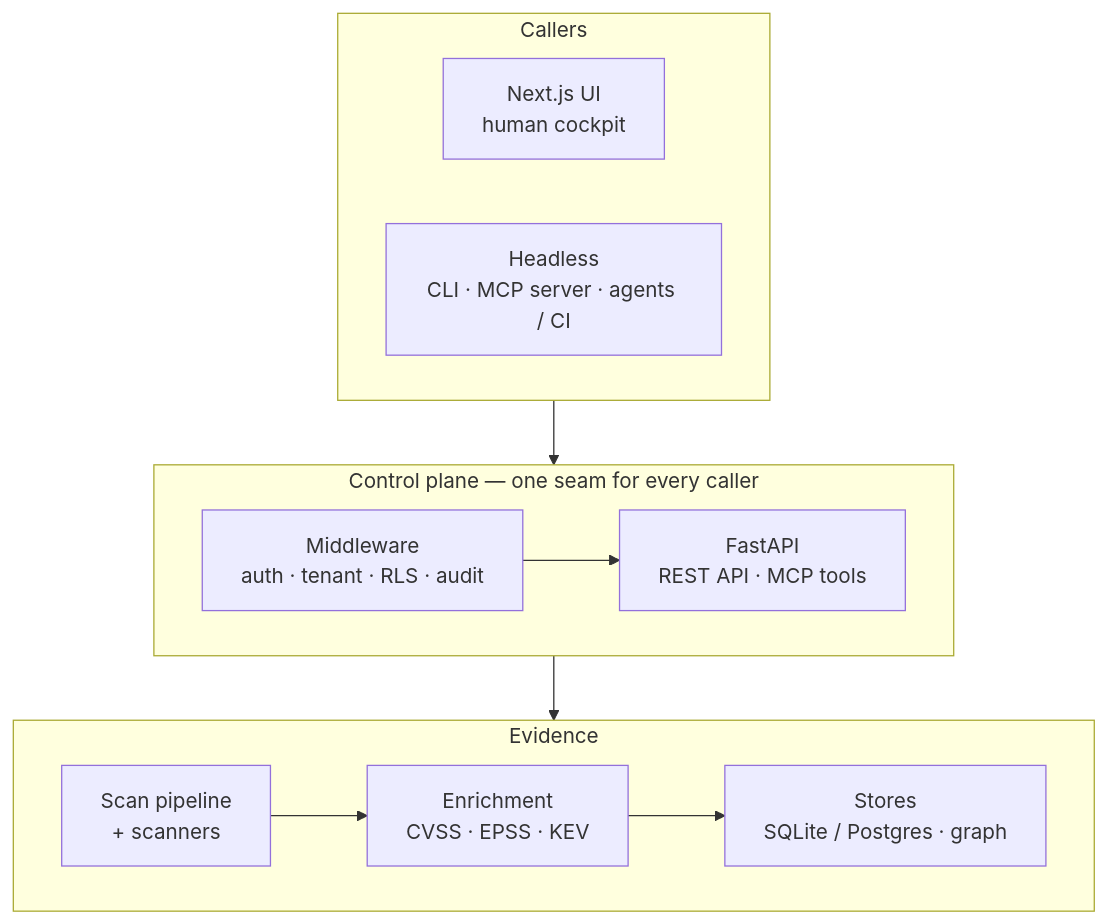
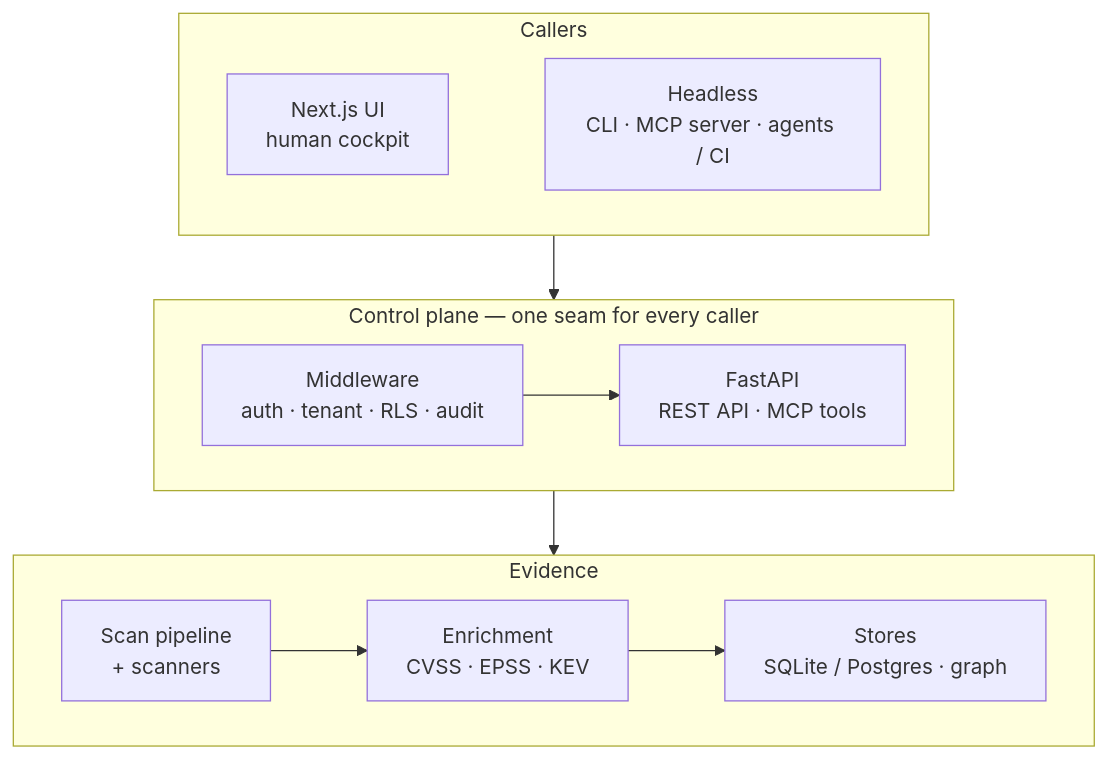
The second of 2 diagrams in README.md (msaad00/agent-bom), drawn with Mermaid before and after one commit.

Commit message:
docs(readme): keep caller nodes side by side in stack diagram

````diff
--- a/README.md
+++ b/README.md
@@ -102,17 +102,16 @@
 ```mermaid
 flowchart TB
     subgraph callers ["Callers"]
         direction LR
-        UI["Next.js UI<br/>human cockpit"]
-        HL["Headless<br/>CLI · MCP server · agents / CI"]
+        UI["Next.js UI<br/>human cockpit"] ~~~ HL["Headless<br/>CLI · MCP server · agents / CI"]
     end
     subgraph plane ["Control plane — one seam for every caller"]
         direction LR
         MW["Middleware<br/>auth · tenant · RLS · audit"] --> API["FastAPI<br/>REST API · MCP tools"]
     end
     subgraph evidence ["Evidence"]
         direction LR
         PIPE["Scan pipeline<br/>+ scanners"] --> ENR["Enrichment<br/>CVSS · EPSS · KEV"] --> ST["Stores<br/>SQLite / Postgres · graph"]
     end
     callers --> plane --> evidence
 ```
````
